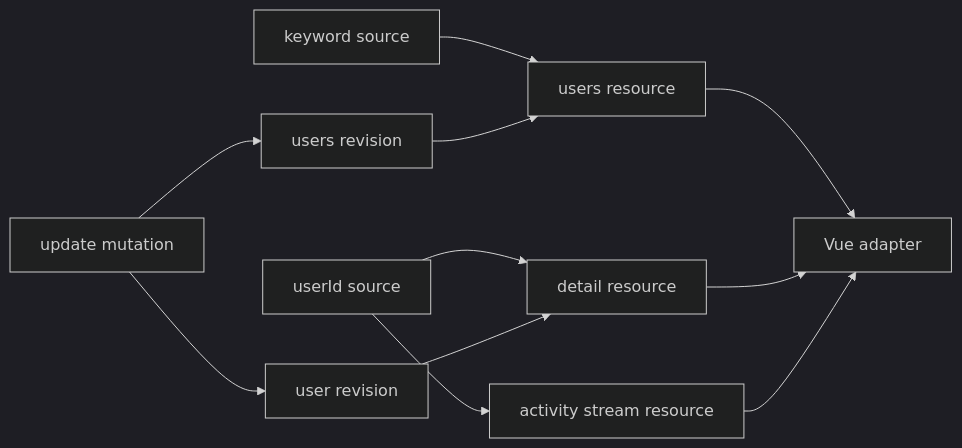
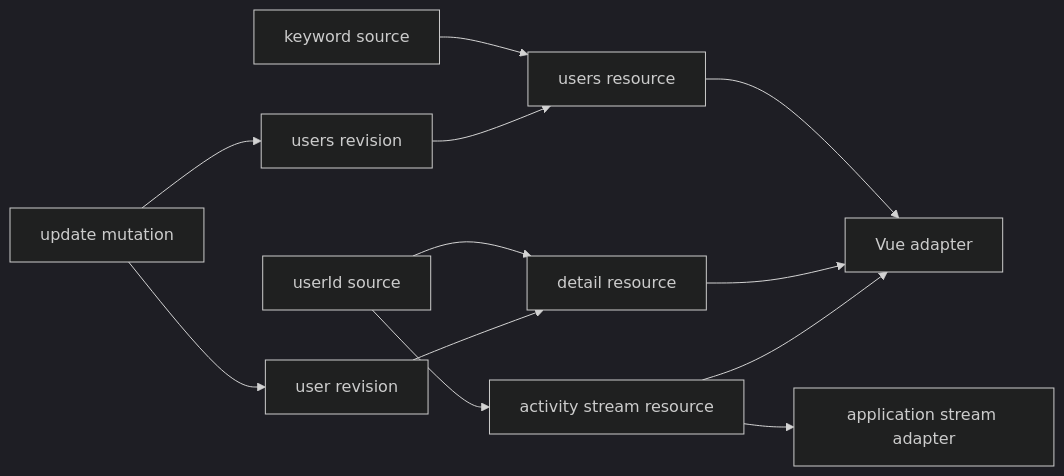
The fourth of 4 diagrams in docs/vue-async-ownership-talk-proposal.md (Luciano0322/v-tw-talk-2026), drawn with Mermaid (dark theme) before and after one commit. The commit also changed other lines of this file, not shown here.

Commit message:
docs: adjust draft add tanstack mermaid

````diff
--- a/docs/vue-async-ownership-talk-proposal.md
+++ b/docs/vue-async-ownership-talk-proposal.md
@@ -439,13 +668,14 @@
 ```mermaid
 flowchart LR
   Keyword[keyword source] --> Users[users resource]
   UserId[userId source] --> Detail[detail resource]
   UserId --> Stream[activity stream resource]
   UsersRevision[users revision] --> Users
   UserRevision[user revision] --> Detail
   Mutation[update mutation] --> UsersRevision
   Mutation --> UserRevision
+  Stream --> StreamAdapter[application stream adapter]
   Users --> Vue[Vue adapter]
   Detail --> Vue
   Stream --> Vue
 ```
````
